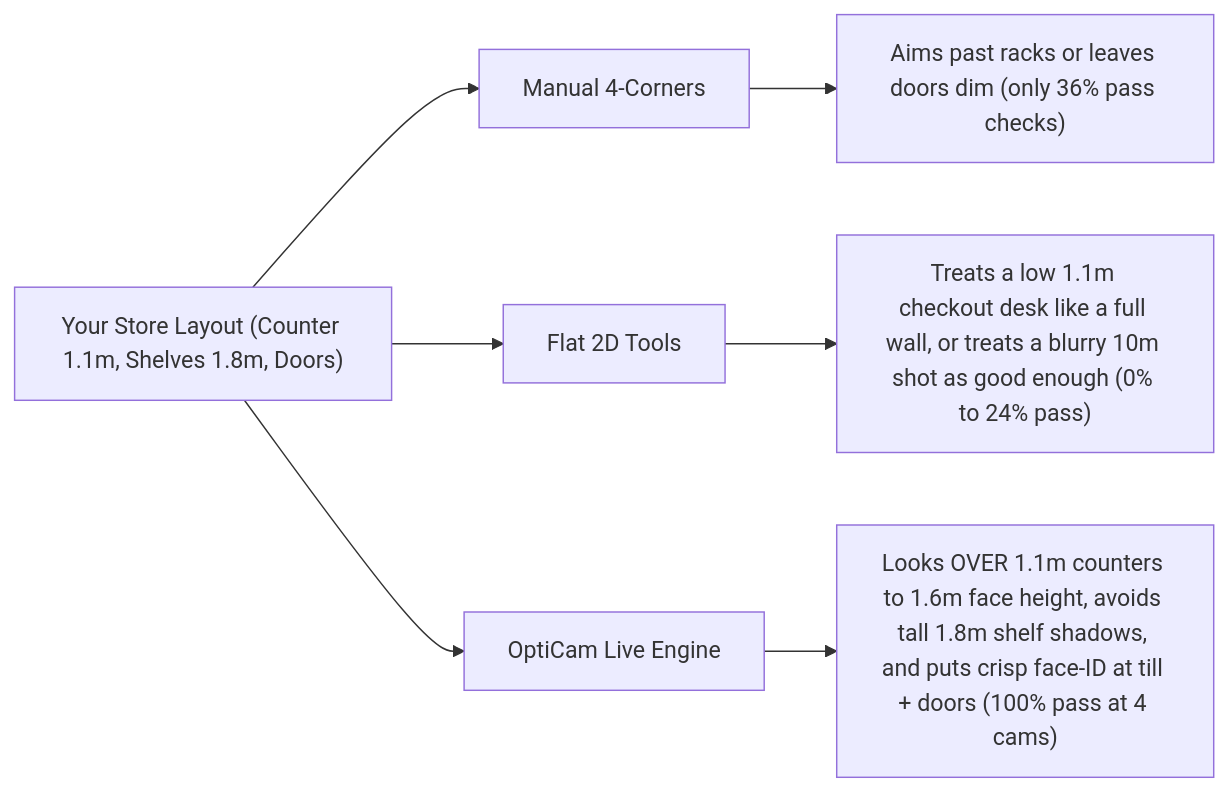
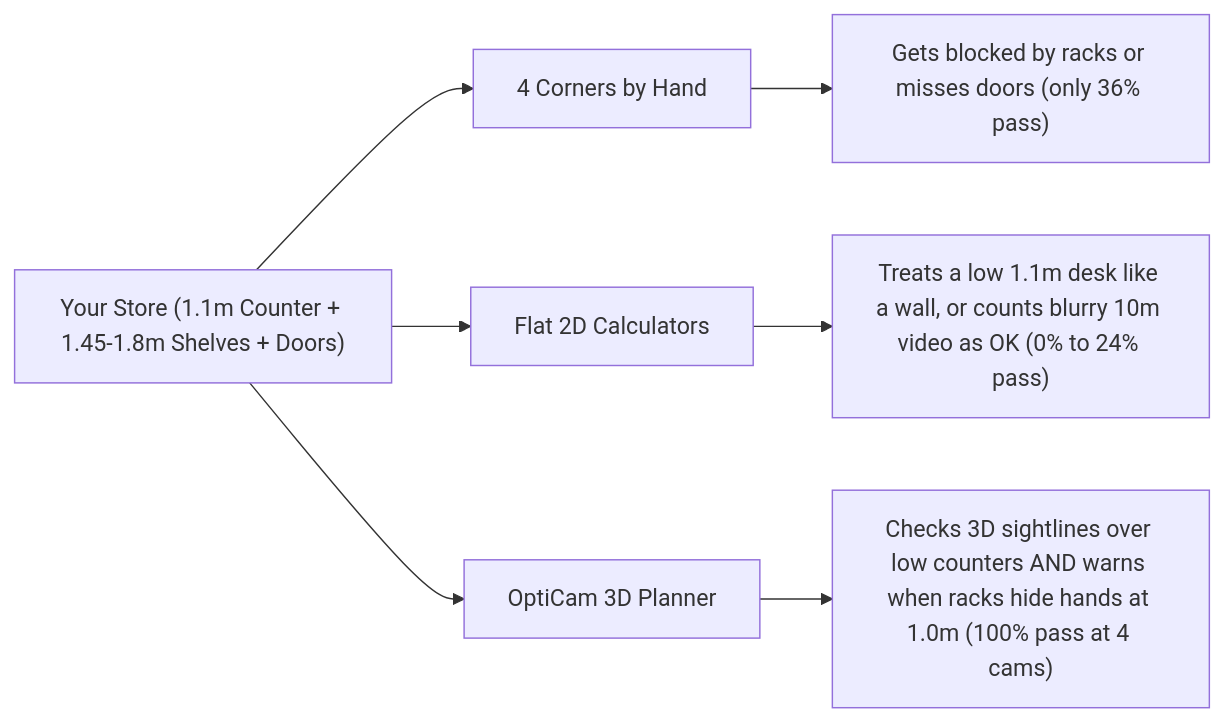
The diagram in paper_evaluation_2026-11-26/ABSTRACT_CUSTOMER.md (nhuycoding/Opticam), drawn with Mermaid before and after one commit. The commit also changed other lines of this file and 2 other files, not shown here.

````diff
--- a/paper_evaluation_2026-11-26/ABSTRACT_CUSTOMER.md
+++ b/paper_evaluation_2026-11-26/ABSTRACT_CUSTOMER.md
@@ -12,10 +12,10 @@
 ```mermaid
 flowchart LR
-    Store["Your Store Layout (Counter 1.1m, Shelves 1.8m, Doors)"] --> Man["Manual 4-Corners"]
-    Store --> Flat["Flat 2D Tools"]
-    Store --> Opti["OptiCam Live Engine"]
+    Store["Your Store (1.1m Counter + 1.45-1.8m Shelves + Doors)"] --> Man["4 Corners by Hand"]
+    Store --> Flat["Flat 2D Calculators"]
+    Store --> Opti["OptiCam 3D Planner"]
 
-    Man --> M1["Aims past racks or leaves doors dim (only 36% pass checks)"]
-    Flat --> F1["Treats a low 1.1m checkout desk like a full wall, or treats a blurry 10m shot as good enough (0% to 24% pass)"]
-    Opti --> O1["Looks OVER 1.1m counters to 1.6m face height, avoids tall 1.8m shelf shadows, and puts crisp face-ID at till + doors (100% pass at 4 cams)"]
+    Man --> M1["Gets blocked by racks or misses doors (only 36% pass)"]
+    Flat --> F1["Treats a low 1.1m desk like a wall, or counts blurry 10m video as OK (0% to 24% pass)"]
+    Opti --> O1["Checks 3D sightlines over low counters AND warns when racks hide hands at 1.0m (100% pass at 4 cams)"]
 ```
````
